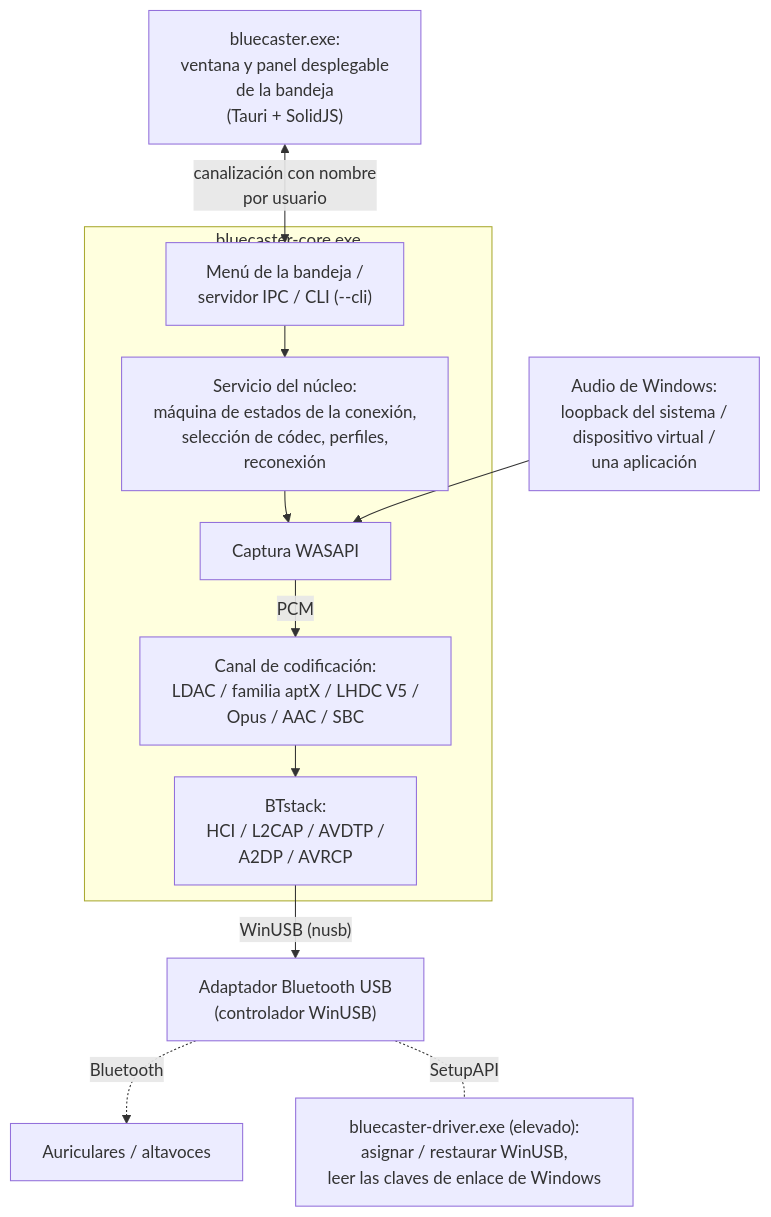
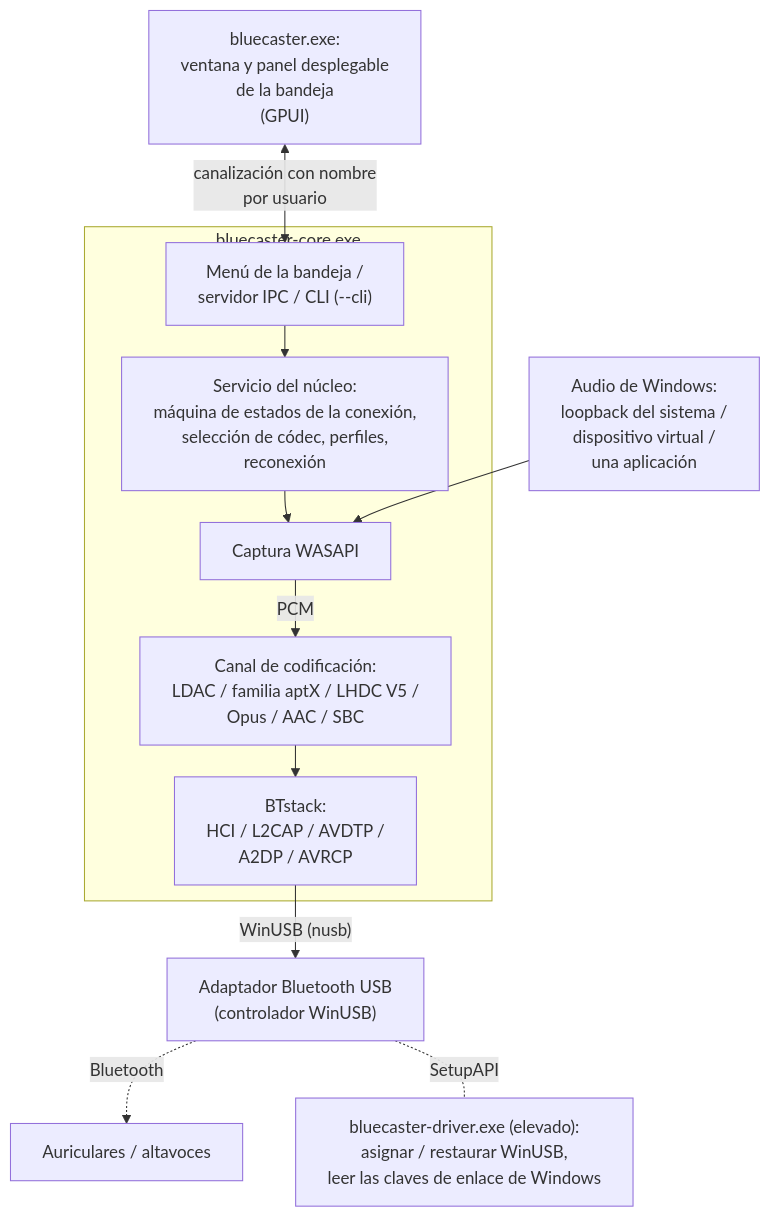
The first of 5 diagrams in docs/es/architecture.md (RxMaxx/A2DP-Windows-Bridge), drawn with Mermaid before and after one commit. The commit also changed other lines of this file and 517 other files, not shown here.

First line of the commit message:
Replace the Tauri window with the GPUI one

````diff
--- a/docs/es/architecture.md
+++ b/docs/es/architecture.md
@@ -43,22 +43,22 @@
 ```mermaid
 ---
 config:
   flowchart:
     wrappingWidth: 480
     rankSpacing: 30
 ---
 flowchart TB
-    ui["bluecaster.exe:<br>ventana y panel desplegable<br>de la bandeja<br>(Tauri + SolidJS)"]
+    ui["bluecaster.exe:<br>ventana y panel desplegable<br>de la bandeja<br>(GPUI)"]
     src["Audio de Windows:<br>loopback del sistema /<br>dispositivo virtual /<br>una aplicación"]
     subgraph core["bluecaster-core.exe"]
         ctl["Menú de la bandeja /<br>servidor IPC / CLI (--cli)"] --> svc["Servicio del núcleo:<br>máquina de estados de la conexión,<br>selección de códec, perfiles,<br>reconexión"]
         svc --> cap["Captura WASAPI"]
         cap -- PCM --> enc["Canal de codificación:<br>LDAC / familia aptX / LHDC V5 /<br>Opus / AAC / SBC"]
         enc --> bt["BTstack:<br>HCI / L2CAP / AVDTP /<br>A2DP / AVRCP"]
     end
     ui <-->|"canalización con nombre<br>por usuario"| ctl
     src --> cap
     bt -->|"WinUSB (nusb)"| usb["Adaptador Bluetooth USB<br>(controlador WinUSB)"]
     usb -. Bluetooth .-> hp["Auriculares / altavoces"]
     usb -.-|SetupAPI| drv["bluecaster-driver.exe (elevado):<br>asignar / restaurar WinUSB,<br>leer las claves de enlace de Windows"]
 ```
````
